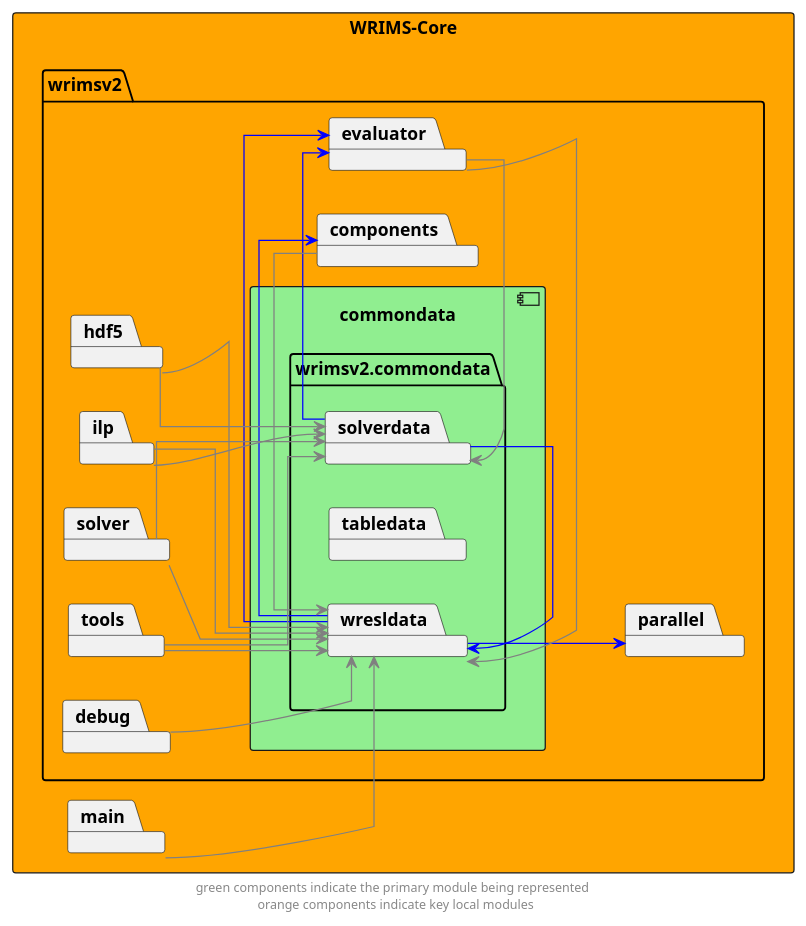
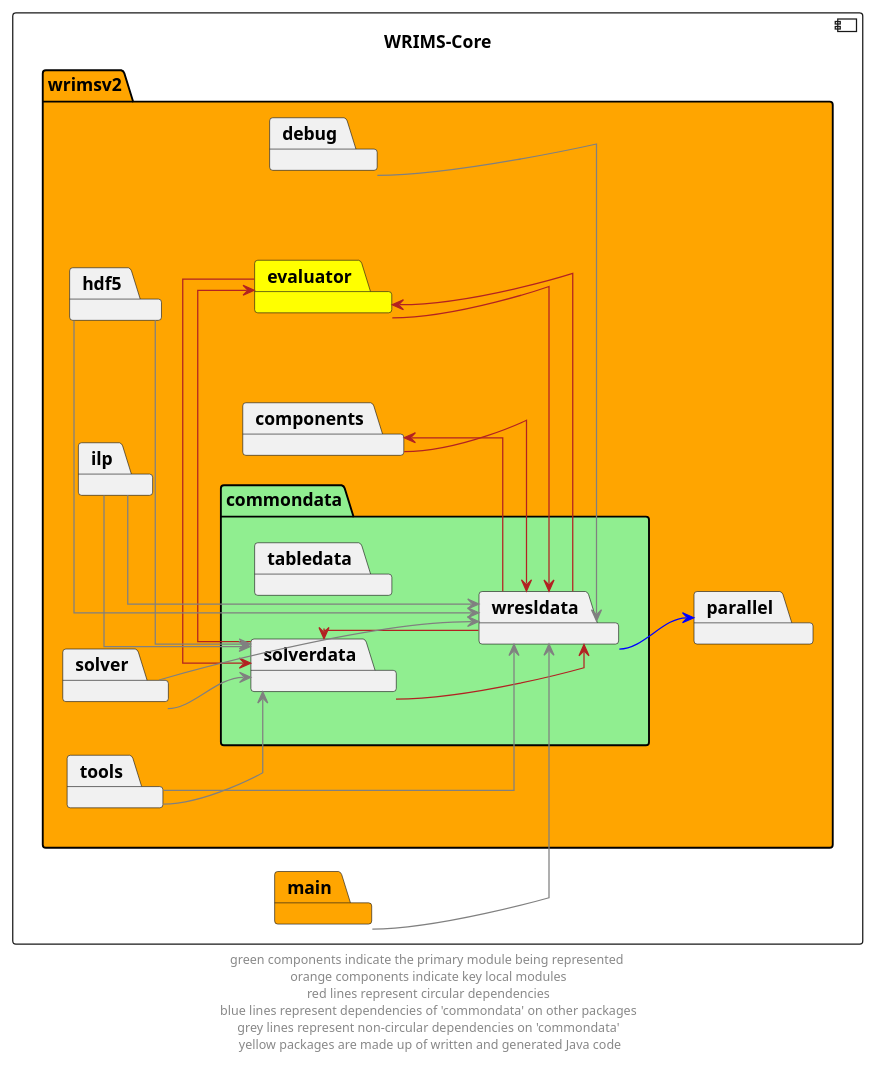
The diagram in docs/diagrams/wrims-core/wrims-core_commondata.puml (CentralValleyModeling/wrims), drawn with PlantUML before and after one commit. The commit also changed 63 other files, not shown here.

First line of the commit message:
Updated diagrams for improved consistency and legibility (#226)

```diff
--- a/docs/diagrams/wrims-core/wrims-core_commondata.puml
+++ b/docs/diagrams/wrims-core/wrims-core_commondata.puml
@@ -1,53 +1,54 @@
 @startuml
 left to right direction
 skinparam linetype ortho
 
-rectangle wrims_core as "WRIMS-Core" #orange {
-    package wrimsv2 {
-        component commondata #lightgreen {
-            package wrimsv2.commondata{
+component wrims_core as "WRIMS-Core" {
+    package wrimsv2 #orange {
+
+            package commondata #lightgreen {
                 package tabledata
                 package solverdata
                 package wresldata
             }
-        }
+
         package debug
-        package evaluator
+        package evaluator #yellow
         package parallel
         package components
         package hdf5
         package ilp
         package solver
         package tools
 
     }
-package main
+package main #orange
 }
 
 wresldata --> parallel #blue
 debug --> wresldata #grey
-solverdata -l-> wresldata #blue
-evaluator --> solverdata #grey
-solverdata -r-> evaluator #blue
-wresldata --> evaluator #blue
-evaluator --> wresldata #grey
-wresldata --> components #blue
-components --> wresldata #grey
+wresldata --> solverdata #firebrick
+solverdata --> wresldata #firebrick
+evaluator --> solverdata #firebrick
+solverdata -r-> evaluator #firebrick
+wresldata --> evaluator #firebrick
+evaluator --> wresldata #firebrick
+wresldata --> components #firebrick
+components --> wresldata #firebrick
 hdf5 -d-> solverdata #grey
 hdf5 -d-> wresldata #grey
 ilp --> solverdata #grey
-ilp --> wresldata #grey
+ilp -r-> wresldata #grey
 solver --> wresldata #grey
 solver --> solverdata #grey
 tools --> wresldata #grey
 tools --> solverdata #grey
 main --> wresldata #grey
 
 ' The following relationships are hidden and used to format the diagram. They do not represent actual dependencies.
 ' solverdata -l[hidden]-> wresldata
-components -l[hidden] wrimsv2.commondata
+components -l[hidden] commondata
 evaluator -d[hidden]-> tabledata
-evaluator -l[hidden]-> wrimsv2.commondata
+evaluator -l[hidden]-> commondata
 
-footer "green components indicate the primary module being represented \n orange components indicate key local modules"
+footer "green components indicate the primary module being represented \n orange components indicate key local modules \n red lines represent circular dependencies \n blue lines represent dependencies of 'commondata' on other packages \n grey lines represent non-circular dependencies on 'commondata' \n yellow packages are made up of written and generated Java code"
 @enduml
```
